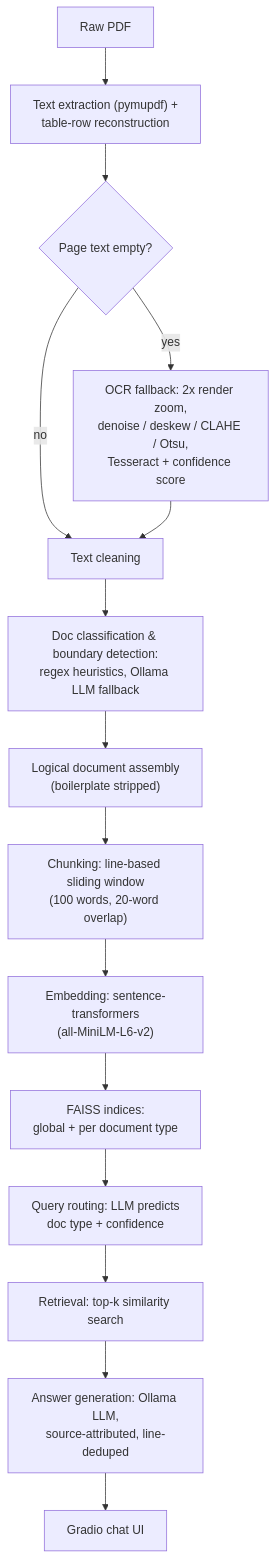
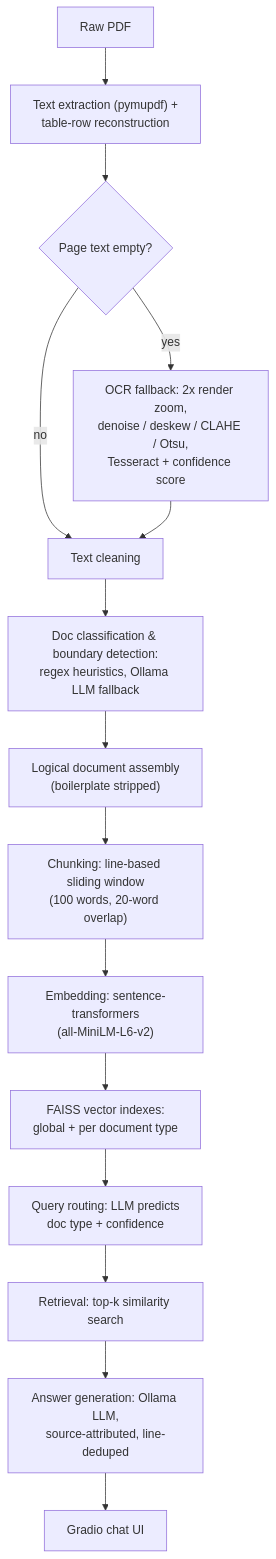
Before and after one commit to eshaank1/pharma-doc-rag: the diagram in README.md, drawn with Mermaid. The commit also changed other lines of this file, not shown here.

````diff
--- a/README.md
+++ b/README.md
@@ -119,17 +119,17 @@
 ```mermaid
 flowchart TD
     A[Raw PDF] --> B["Text extraction (pymupdf) +\ntable-row reconstruction"]
     B --> C{Page text empty?}
     C -- yes --> D["OCR fallback: 2x render zoom,\ndenoise / deskew / CLAHE / Otsu,\nTesseract + confidence score"]
     C -- no --> E[Text cleaning]
     D --> E
     E --> F["Doc classification & boundary detection:\nregex heuristics, Ollama LLM fallback"]
     F --> G["Logical document assembly\n(boilerplate stripped)"]
     G --> H["Chunking: line-based sliding window\n(100 words, 20-word overlap)"]
     H --> I["Embedding: sentence-transformers\n(all-MiniLM-L6-v2)"]
-    I --> J["FAISS indices:\nglobal + per document type"]
+    I --> J["FAISS vector indexes:\nglobal + per document type"]
     J --> K["Query routing: LLM predicts\ndoc type + confidence"]
     K --> L["Retrieval: top-k similarity search"]
     L --> M["Answer generation: Ollama LLM,\nsource-attributed, line-deduped"]
     M --> N[Gradio chat UI]
 ```
````
